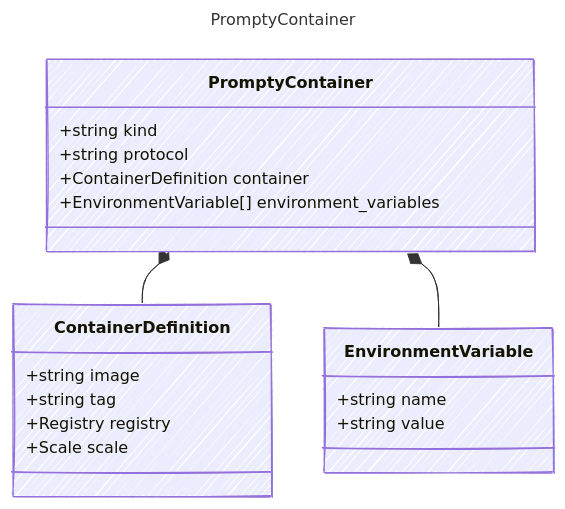
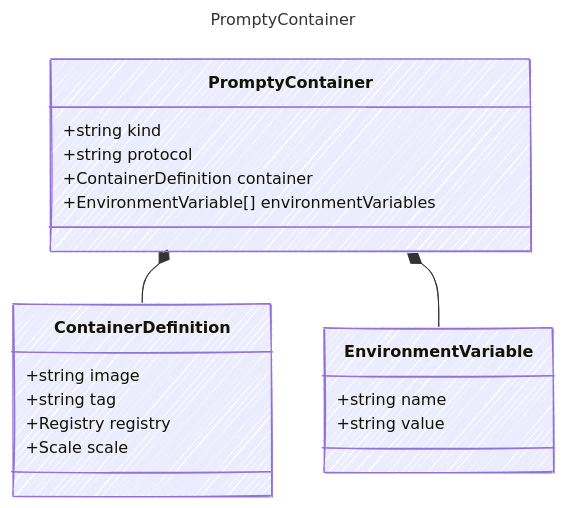
One commit to microsoft/prompty changed the diagram in specification/prompty/docs/PromptyContainer.md. Above: the diagram before and after it, drawn with Mermaid. The commit also changed other lines of this file and 14 other files, not shown here.

````diff
--- a/specification/prompty/docs/PromptyContainer.md
+++ b/specification/prompty/docs/PromptyContainer.md
@@ -5,30 +5,30 @@
 ```mermaid
 ---
 title: PromptyContainer
 config:
   look: handDrawn
   theme: colorful
   class:
     hideEmptyMembersBox: true
 ---
 classDiagram
     class PromptyContainer {
       
         +string kind
         +string protocol
         +ContainerDefinition container
-        +EnvironmentVariable[] environment_variables
+        +EnvironmentVariable[] environmentVariables
     }
     class ContainerDefinition {
         +string image
         +string tag
         +Registry registry
         +Scale scale
     }
     PromptyContainer *-- ContainerDefinition
     class EnvironmentVariable {
         +string name
         +string value
     }
     PromptyContainer *-- EnvironmentVariable
 ```
````
